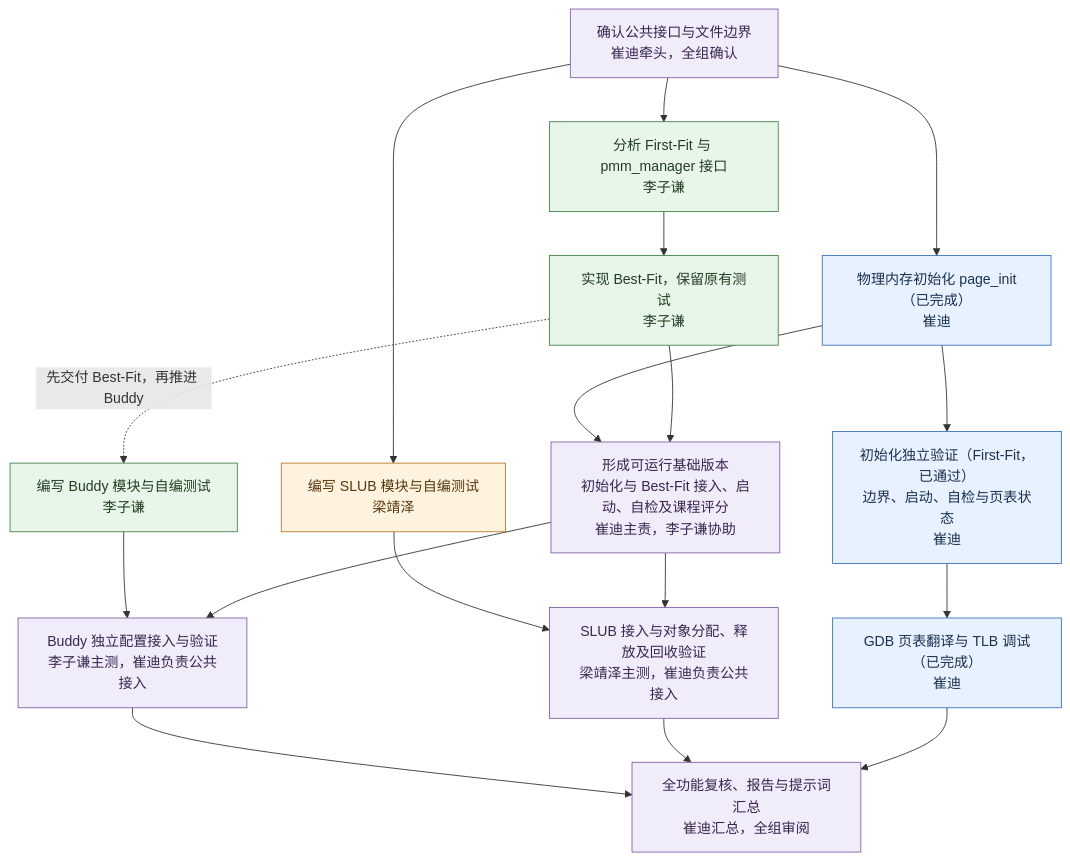
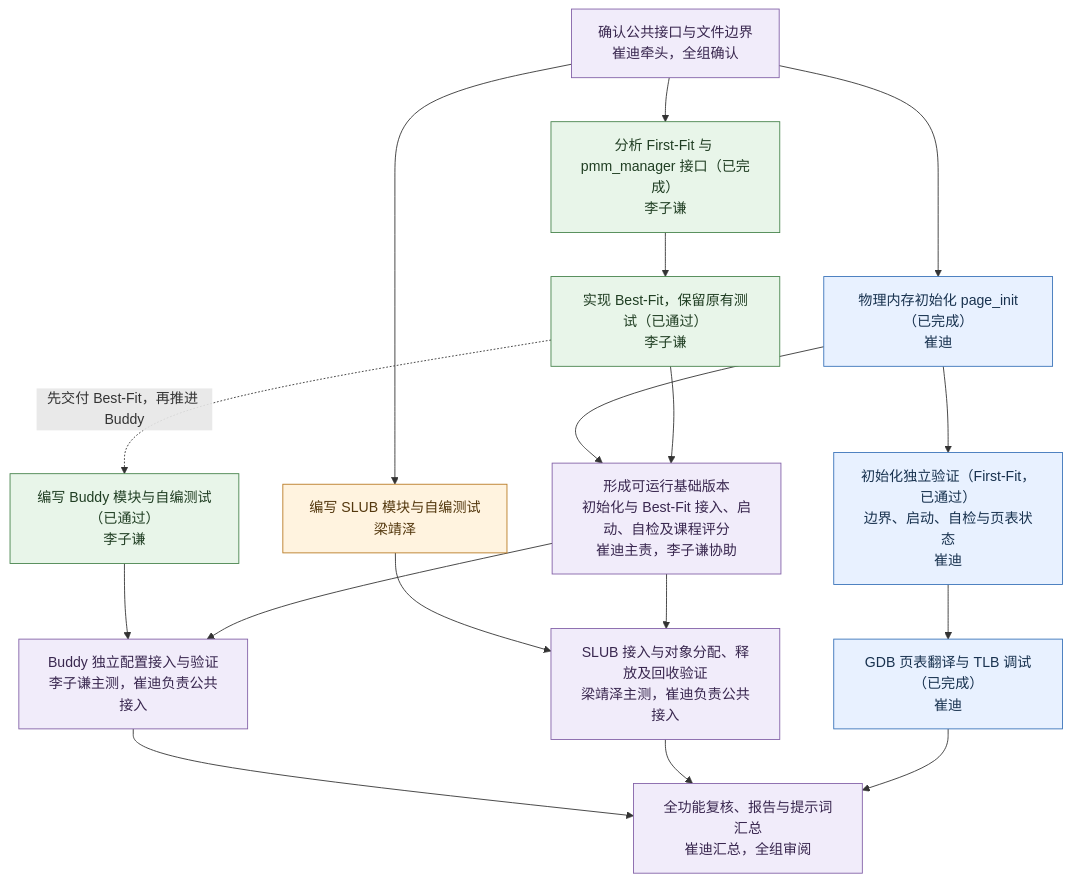
The diagram in report/report.md (changluei/OS), drawn with Mermaid before and after one commit. The commit also changed other lines of this file and 8 other files, not shown here.

````diff
--- a/report/report.md
+++ b/report/report.md
@@ -28,41 +28,41 @@
 ```mermaid
 flowchart TB
     S["确认公共接口与文件边界<br/>崔迪牵头，全组确认"]
     I["物理内存初始化 page_init（已完成）<br/>崔迪"]
     V["初始化独立验证（First-Fit，已通过）<br/>边界、启动、自检与页表状态<br/>崔迪"]
-    F["分析 First-Fit 与 pmm_manager 接口<br/>李子谦"]
-    B["实现 Best-Fit，保留原有测试<br/>李子谦"]
-    U["编写 Buddy 模块与自编测试<br/>李子谦"]
+    F["分析 First-Fit 与 pmm_manager 接口（已完成）<br/>李子谦"]
+    B["实现 Best-Fit，保留原有测试（已通过）<br/>李子谦"]
+    U["编写 Buddy 模块与自编测试（已通过）<br/>李子谦"]
     L["编写 SLUB 模块与自编测试<br/>梁靖泽"]
     R["形成可运行基础版本<br/>初始化与 Best-Fit 接入、启动、自检及课程评分<br/>崔迪主责，李子谦协助"]
     UT["Buddy 独立配置接入与验证<br/>李子谦主测，崔迪负责公共接入"]
     LT["SLUB 接入与对象分配、释放及回收验证<br/>梁靖泽主测，崔迪负责公共接入"]
     G["GDB 页表翻译与 TLB 调试（已完成）<br/>崔迪"]
     Z["全功能复核、报告与提示词汇总<br/>崔迪汇总，全组审阅"]
 
     S --> I
     S --> F
     S --> L
     F --> B
     B -.->|先交付 Best-Fit，再推进 Buddy| U
     I --> R
     B --> R
     U --> UT
     R --> UT
     L --> LT
     R --> LT
     I --> V
     V --> G
     UT --> Z
     LT --> Z
     G --> Z
 
     classDef cui fill:#e8f1ff,stroke:#3973b9,color:#18324f;
     classDef li fill:#e8f5e9,stroke:#46834b,color:#203e23;
     classDef liang fill:#fff3df,stroke:#b87a23,color:#54380e;
     classDef joint fill:#f1ecfa,stroke:#8260a7,color:#39274f;
     class I,V,G cui;
     class F,B,U li;
     class L liang;
     class S,R,UT,LT,Z joint;
 ```
````
